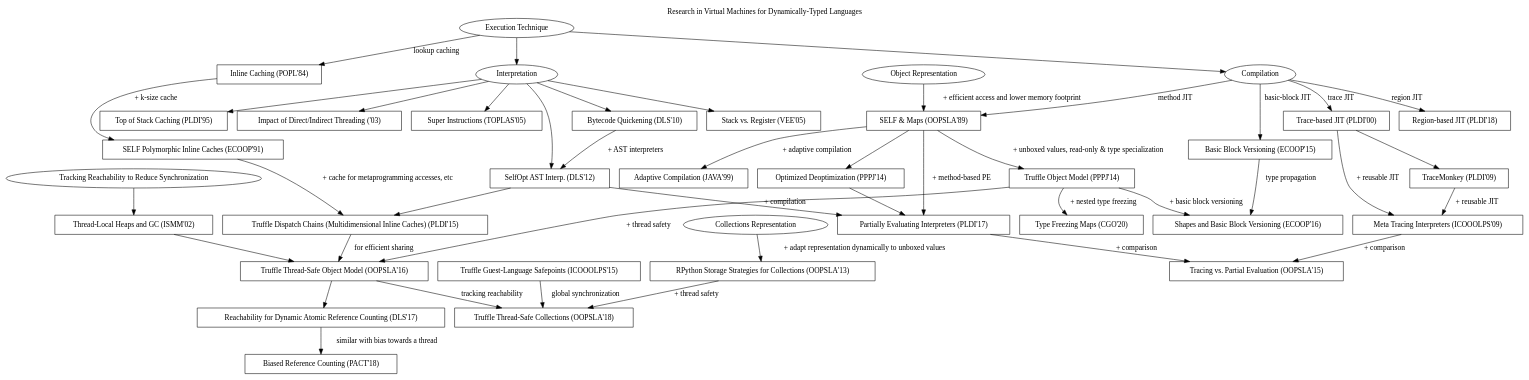
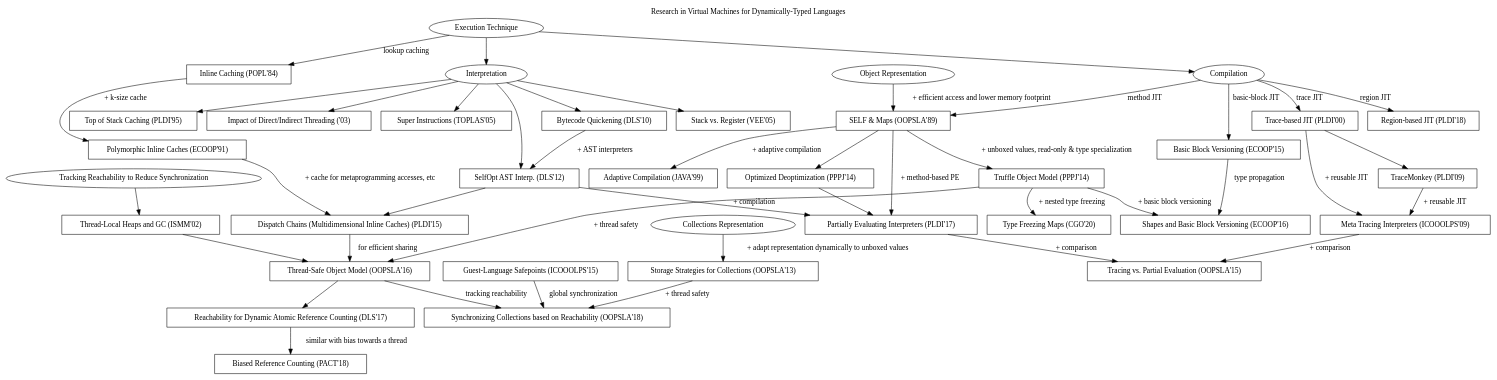
One commit to eregon/virtual-machines-research-graph changed the diagram in graph.dot. Above: the diagram before and after it, drawn with Graphviz.

Commit message:
Avoid technology prefixes, focus on the concept and clarify paper short titles

```diff
--- a/graph.dot
+++ b/graph.dot
@@ -1,170 +1,170 @@
 digraph G {
   label = "Research in Virtual Machines for Dynamically-Typed Languages"
   labelloc = "t"
   node [shape = "box"]
 
   # Nodes
-  pic [label = "SELF Polymorphic Inline Caches (ECOOP'91)",
+  pic [label = "Polymorphic Inline Caches (ECOOP'91)",
        tooltip = "Optimizing Dynamically-Typed Object-Oriented Languages With Polymorphic Inline Caches",
        URL = "http://bibliography.selflanguage.org/_static/pics.pdf"]
-  mpic [label = "Truffle Dispatch Chains (Multidimensional Inline Caches) (PLDI'15)",
+  mpic [label = "Dispatch Chains (Multidimensional Inline Caches) (PLDI'15)",
         tooltip = "Zero-Overhead Metaprogramming; Reflection and Metaobject Protocols Fast and without Compromises",
         URL = "https://stefan-marr.de/downloads/pldi15-marr-et-al-zero-overhead-metaprogramming.pdf"]
 
   om [label = "Object Representation", shape="oval"]
   maps [label = "SELF & Maps (OOPSLA'89)",
         tooltip = "An Efficient Implementation of SELF a Dynamically-Typed Object-Oriented Language Based on Prototypes",
         URL = "http://www.selflanguage.org/_static/published/implementation.pdf"]
   tosm [label = "Truffle Object Model (PPPJ'14)",
         tooltip = "An Object Storage Model for the Truffle Language Implementation Framework",
         URL = "https://chrisseaton.com/rubytruffle/pppj14-om/pppj14-om.pdf"]
-  tso [label = "Truffle Thread-Safe Object Model (OOPSLA'16)",
+  tso [label = "Thread-Safe Object Model (OOPSLA'16)",
        tooltip = "Efficient and Thread-Safe Objects for Dynamically-Typed Languages",
        URL = "https://eregon.me/blog/assets/research/thread-safe-objects.pdf"]
 
-  glsp [label = "Truffle Guest-Language Safepoints (ICOOOLPS'15)",
+  glsp [label = "Guest-Language Safepoints (ICOOOLPS'15)",
         tooltip = "Techniques and Applications for Guest-Language Safepoints",
         URL = "https://eregon.me/blog/assets/research/guest-language-safepoints.pdf"]
 
   freezing [label = "Type Freezing Maps (CGO'20)",
             tooltip = "Type Freezing: Exploiting Attribute Type Monomorphism in Tracing JIT Compilers",
             URL = "https://doi.org/10.1145/3368826.3377907"]
   shapesAndBBV [label = "Shapes and Basic Block Versioning (ECOOP'16)",
                 tooltip = "Interprocedural Type Specialization of JavaScript Programs Without Type Analysis",
                 URL = "https://drops.dagstuhl.de/opus/volltexte/2016/6101/pdf/LIPIcs-ECOOP-2016-7.pdf"]
 
   collections [label = "Collections Representation", shape="oval"]
-  ss [label = "RPython Storage Strategies for Collections (OOPSLA'13)",
+  ss [label = "Storage Strategies for Collections (OOPSLA'13)",
       tooltip = "Storage Strategies for Collections in Dynamically Typed Languages",
       URL = "https://tratt.net/laurie/research/pubs/html/bolz_diekmann_tratt__storage_strategies_for_collections_in_dynamically_typed_languages/"]
-  tsc [label = "Truffle Thread-Safe Collections (OOPSLA'18)",
+  tsc [label = "Synchronizing Collections based on Reachability (OOPSLA'18)",
        tooltip = "Parallelization of Dynamic Languages: Synchronizing Built-in Collections",
        URL = "https://eregon.me/blog/assets/research/thread-safe-collections.pdf"]
 
   reachability [label = "Tracking Reachability to Reduce Synchronization", shape="oval"]
   domani [label = "Thread-Local Heaps and GC (ISMM'02)",
           tooltip = "Thread-Local Heaps for Java",
           URL = "http://citeseerx.ist.psu.edu/viewdoc/download?doi=10.1.1.63.5846&amp;rep=rep1&amp;type=pdf"]
   rarc [label = "Reachability for Dynamic Atomic Reference Counting (DLS'17)",
         tooltip = "Dynamic Atomicity: Optimizing Swift Memory Management",
         URL = "https://dl.acm.org/doi/10.1145/3133841.3133843"]
   brc [label = "Biased Reference Counting (PACT'18)",
        tooltip = "Biased Reference Counting: Minimizing Atomic Operations in Garbage Collection",
        URL = "https://iacoma.cs.uiuc.edu/iacoma-papers/pact18.pdf"]
 
   exe [label = "Execution Technique", shape="oval"]
   interp [label = "Interpretation", shape="oval"]
   compilation [label = "Compilation", shape="oval"]
   stackVsReg [label = "Stack vs. Register (VEE'05)",
        tooltip = "Virtual Machine Showdown: Stack Versus Registers",
        URL = "https://www.usenix.org/legacy/events%2Fvee05%2Ffull_papers/p153-yunhe.pdf"]
   topOfStack [label = "Top of Stack Caching (PLDI'95)",
        tooltip = "Stack Caching for Interpreters",
        URL = "http://www2.cs.arizona.edu/~collberg/Teaching/553/2011/Resources/ertl94sc.pdf"]
   directIndirect [label = "Impact of Direct/Indirect Threading ('03)",
        tooltip = "The Structure and Performance of Efficient Interpreters",
        URL = "https://www.jilp.org/vol5/v5paper12.pdf"]
   selfOptAst [label = "SelfOpt AST Interp. (DLS'12)",
        tooltip = "Self-Optimizing AST Interpreters",
        URL = "http://lafo.ssw.uni-linz.ac.at/papers/2012_DLS_SelfOptimizingASTInterpreters.pdf"]
   superInstructions [label = "Super Instructions (TOPLAS'05)",
        tooltip = "Optimizing Indirect Branch Prediction Accuracy in Virtual Machine Interpreters",
        URL = "https://www.scss.tcd.ie/David.Gregg/papers/toplas05.pdf"]
   quickening [label = "Bytecode Quickening (DLS'10)",
        tooltip = "Efficient Interpretation Using Quickening",
        URL = "https://publications.sba-research.org/publications/dls10.pdf"]
 
   inlineCaching [label = "Inline Caching (POPL'84)",
        tooltip = "Efficient Implementation of the Smalltalk-80 System",
        URL = "http://web.cs.ucla.edu/~palsberg/course/cs232/papers/DeutschSchiffman-popl84.pdf"]
 
 
   adaptiveJit [label = "Adaptive Compilation (JAVA'99)",
        tooltip = "The Jalapeño Dynamic Optimizing Compiler for Java",
        URL = "https://pdfs.semanticscholar.org/8738/ba4b09cac68ad1ab7d036a6d5e40a17ee2c7.pdf"]
 
   regionBased [label = "Region-based JIT (PLDI'18)",
        tooltip = "HHVM JIT: A Profile-guided, Region-based Compiler for PHP and Hack",
        URL = "https://research.fb.com/wp-content/uploads/2018/04/hhvm-jit-a-profile-guided-region-based-compiler-for-php-and-hack.pdf"]
   traceBased [label = "Trace-based JIT (PLDI'00)",
        tooltip = "Dynamo: A Transparent Dynamic Optimization System",
        URL = "https://www.complang.tuwien.ac.at/andi/bala.pdf"]
   traceMonkey [label = "TraceMonkey (PLDI'09)",
        tooltip = "Trace-based Just-in-time Type Specialization for Dynamic Languages",
        URL = "http://dept.cs.williams.edu/~freund/cs434/gal-trace.pdf"]
 
 
   basicBlockVersioning [label = "Basic Block Versioning (ECOOP'15)",
        tooltip = "Simple and Effective Type Check Removal through Lazy Basic Block Versioning",
        URL = "https://drops.dagstuhl.de/opus/volltexte/2015/5219/pdf/9.pdf"]
 
 
 
 metaTracing [label = "Meta Tracing Interpreters (ICOOOLPS'09)",
        tooltip = "Tracing the Meta-level: PyPy's Tracing JIT Compiler",
        URL = "https://citeseerx.ist.psu.edu/viewdoc/download?doi=10.1.1.1023.9117&amp;rep=rep1&amp;type=pdf"]
 partialEvaluation [label = "Partially Evaluating Interpreters (PLDI'17)",
        tooltip = "Practical Partial Evaluation for High-performance Dynamic Language Runtimes",
        URL = "https://chrisseaton.com/rubytruffle/pldi17-truffle/pldi17-truffle.pdf"]
 MTvsPE [label = "Tracing vs. Partial Evaluation (OOPSLA'15)",
        tooltip = "Tracing vs. Partial Evaluation: Comparing Meta-Compilation Approaches for Self-Optimizing Interpreters",
        URL = "http://stefan-marr.de/downloads/oopsla15-marr-ducasse-meta-tracing-vs-partial-evaluation.pdf"]
 optDeopt [label = "Optimized Deoptimization (PPPJ'14)",
        tooltip = "Speculation Without Regret: Reducing Deoptimization Meta-data in the Graal Compiler",
        URL = "http://www.ssw.uni-linz.ac.at/General/Staff/GD/PPPJ-2014-duboscq-29.pdf"]
 
 
   # Edges
   inlineCaching -> pic [label = "+ k-size cache"]
   pic -> mpic [label = "+ cache for metaprogramming accesses, etc"]
   mpic -> tso [label = "for efficient sharing"]
 
   om -> maps [label = "+ efficient access and lower memory footprint"]
   maps -> tosm [label = "+ unboxed values, read-only & type specialization"]
   tosm -> tso [label = "+ thread safety"]
   tosm -> shapesAndBBV [label = "+ basic block versioning"]
   tosm -> freezing [label = "+ nested type freezing"]
   tso -> rarc
   rarc -> brc [label = "similar with bias towards a thread"]
 
   reachability -> domani
   domani -> tso
 
   tso -> tsc [label = "tracking reachability"]
   glsp -> tsc [label = "global synchronization"]
   collections -> ss [label = "+ adapt representation dynamically to unboxed values"]
   ss -> tsc [label = "+ thread safety"]
 
   exe -> inlineCaching [label = "lookup caching"]
 
   exe -> interp
   interp -> directIndirect
   interp -> stackVsReg
   interp -> topOfStack
   interp -> superInstructions
   interp -> selfOptAst
   interp -> quickening
   quickening -> selfOptAst [label = "+ AST interpreters"]
   exe -> compilation
   compilation -> maps [label = "method JIT"]
   compilation -> regionBased [label = "region JIT"]
   compilation -> traceBased [label = "trace JIT"]
   compilation -> basicBlockVersioning [label = "basic-block JIT"]
   basicBlockVersioning -> shapesAndBBV [label = "type propagation"]
   traceBased -> traceMonkey
   maps -> adaptiveJit [label = "+ adaptive compilation"]
 
   traceBased -> metaTracing [label = "+ reusable JIT"]
   traceMonkey -> metaTracing [label = "+ reusable JIT"]
 
   maps -> partialEvaluation [label = "+ method-based PE"]
   selfOptAst -> partialEvaluation [label = "+ compilation"]
 
   selfOptAst -> mpic
 
   metaTracing -> MTvsPE [label = "+ comparison"]
   partialEvaluation -> MTvsPE [label = "+ comparison"]
 
   maps -> optDeopt
   optDeopt -> partialEvaluation
 }
```
